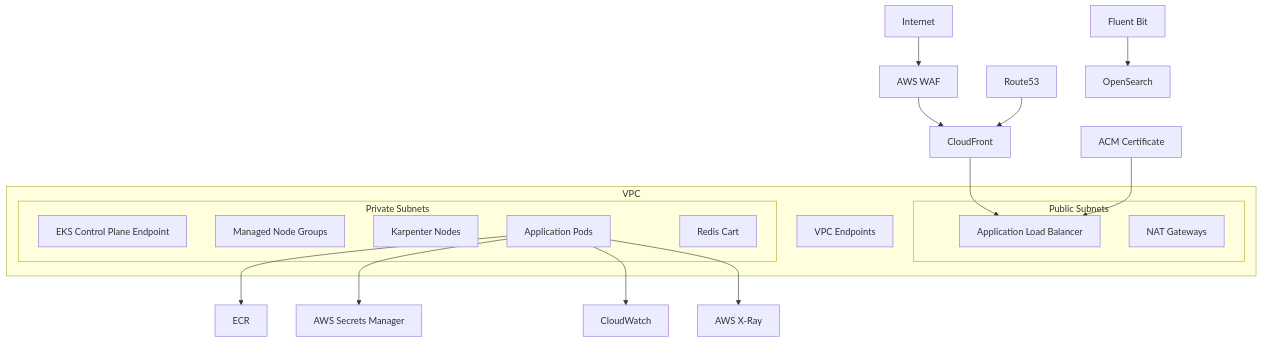
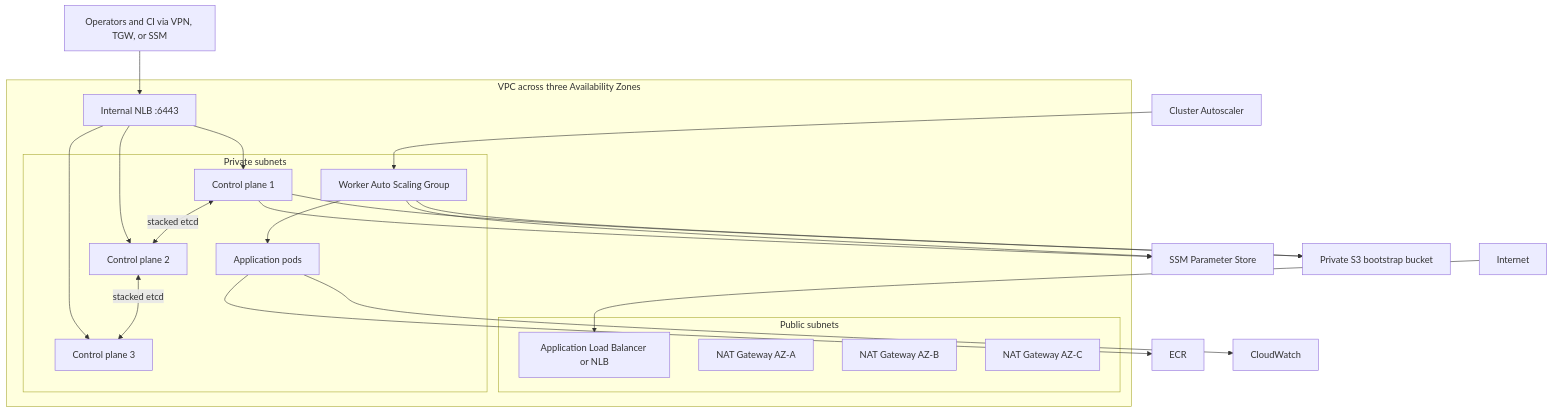
The diagram in docs/aws-architecture.md (mastanoo7/microservices-demo-aws), drawn with Mermaid before and after one commit. The commit also changed other lines of this file and 63 other files, not shown here.

````diff
--- a/docs/aws-architecture.md
+++ b/docs/aws-architecture.md
@@ -5,29 +5,37 @@
 ```mermaid
 flowchart TB
-  internet[Internet] --> waf[AWS WAF]
-  waf --> cf[CloudFront]
-  cf --> alb[Application Load Balancer]
-  route53[Route53] --> cf
-  acm[ACM Certificate] --> alb
+  admins[Operators and CI via VPN, TGW, or SSM] --> nlb[Internal NLB :6443]
+  internet[Internet] --> appnlb[Application Load Balancer or NLB]
 
-  subgraph vpc[VPC]
-    subgraph public[Public Subnets]
-      alb
-      nat[NAT Gateways]
+  subgraph vpc[VPC across three Availability Zones]
+    subgraph public[Public subnets]
+      nat1[NAT Gateway AZ-A]
+      nat2[NAT Gateway AZ-B]
+      nat3[NAT Gateway AZ-C]
+      appnlb
     end
-    subgraph private[Private Subnets]
-      eks[EKS Control Plane Endpoint]
-      nodes[Managed Node Groups]
-      karp[Karpenter Nodes]
-      pods[Application Pods]
-      redis[Redis Cart]
+
+    subgraph private[Private subnets]
+      cp1[Control plane 1]
+      cp2[Control plane 2]
+      cp3[Control plane 3]
+      asg[Worker Auto Scaling Group]
+      pods[Application pods]
     end
-    endpoints[VPC Endpoints]
+
+    nlb --> cp1
+    nlb --> cp2
+    nlb --> cp3
+    asg --> pods
   end
 
+  cp1 <-->|stacked etcd| cp2
+  cp2 <-->|stacked etcd| cp3
+  cp1 --> ssm[SSM Parameter Store]
+  cp1 --> assets[Private S3 bootstrap bucket]
+  asg --> ssm
+  asg --> assets
+  autoscaler[Cluster Autoscaler] --> asg
   pods --> ecr[ECR]
-  pods --> secrets[AWS Secrets Manager]
   pods --> cw[CloudWatch]
-  pods --> xray[AWS X-Ray]
-  fluent[Fluent Bit] --> os[OpenSearch]
 ```
````
